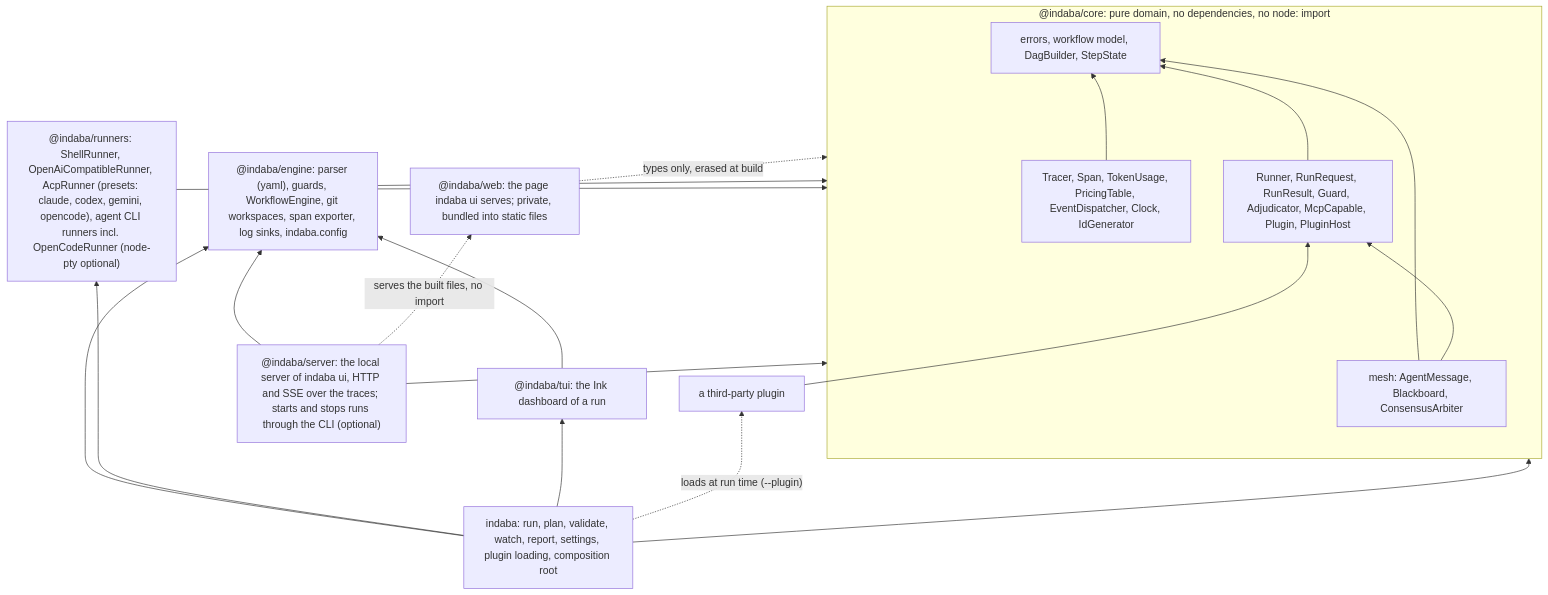
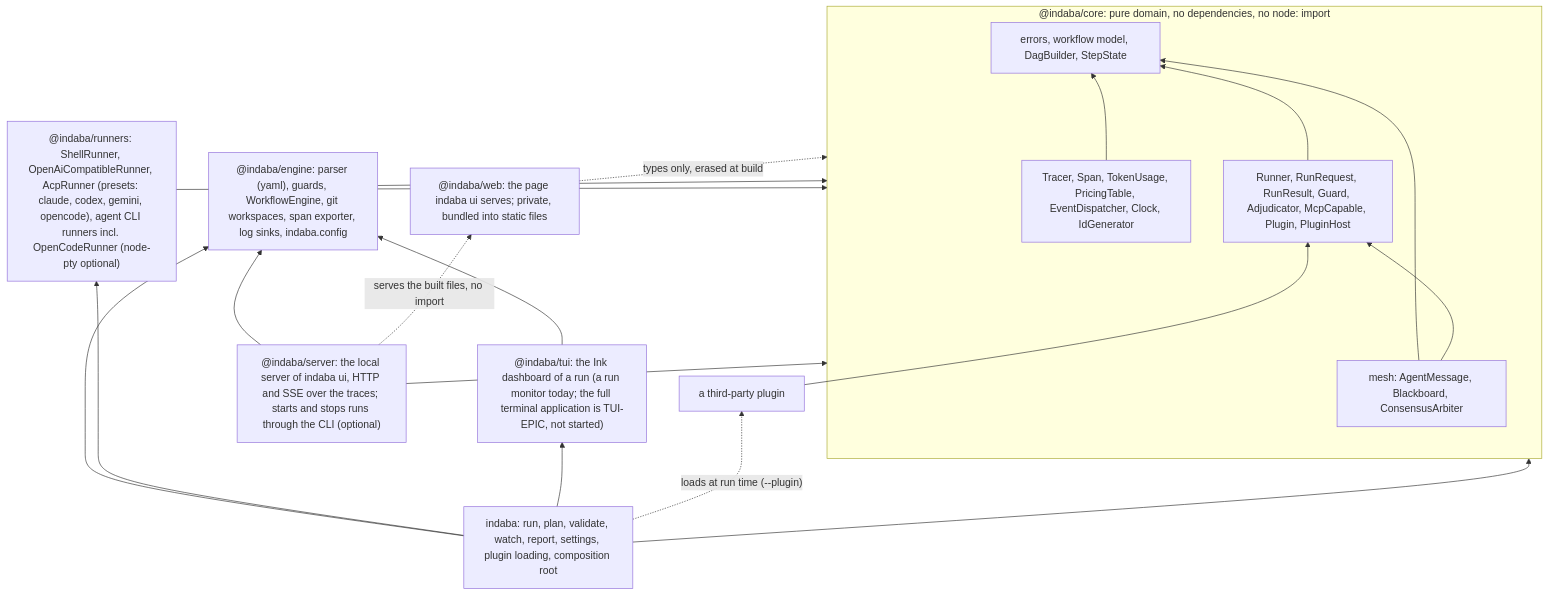
One commit to yaotzin1/indaba changed the first of 3 diagrams in specs/DEPENDENCY_MAP.md. Above: the diagram before and after it, drawn with Mermaid. The commit also changed other lines of this file and 21 other files, not shown here.

First line of the commit message:
docs(specs): add the TUI epic with six feature specs (#124)

````diff
--- a/specs/DEPENDENCY_MAP.md
+++ b/specs/DEPENDENCY_MAP.md
@@ -7,35 +7,35 @@
 ```mermaid
 graph BT
     subgraph Domain["@indaba/core: pure domain, no dependencies, no node: import"]
         Core["errors, workflow model, DagBuilder, StepState"]
         Mesh["mesh: AgentMessage, Blackboard, ConsensusArbiter"]
         Contracts["Runner, RunRequest, RunResult, Guard, Adjudicator, McpCapable, Plugin, PluginHost"]
         Obs["Tracer, Span, TokenUsage, PricingTable, EventDispatcher, Clock, IdGenerator"]
     end
 
     Engine["@indaba/engine: parser (yaml), guards, WorkflowEngine, git workspaces, span exporter, log sinks, indaba.config"]
     Runners["@indaba/runners: ShellRunner, OpenAiCompatibleRunner, AcpRunner (presets: claude, codex, gemini, opencode), agent CLI runners incl. OpenCodeRunner (node-pty optional)"]
     Cli["indaba: run, plan, validate, watch, report, settings, plugin loading, composition root"]
-    Tui["@indaba/tui: the Ink dashboard of a run"]
+    Tui["@indaba/tui: the Ink dashboard of a run (a run monitor today; the full terminal application is TUI-EPIC, not started)"]
     Server["@indaba/server: the local server of indaba ui, HTTP and SSE over the traces; starts and stops runs through the CLI (optional)"]
     Web["@indaba/web: the page indaba ui serves; private, bundled into static files"]
     Plugin["a third-party plugin"]
 
     Mesh --> Core
     Mesh --> Contracts
     Contracts --> Core
     Obs --> Core
     Engine --> Domain
     Runners --> Domain
     Cli --> Engine
     Cli --> Runners
     Cli --> Domain
     Cli --> Tui
     Tui --> Engine
     Server --> Engine
     Server --> Domain
     Web -. "types only, erased at build" .-> Domain
     Server -. "serves the built files, no import" .-> Web
     Plugin --> Contracts
     Cli -. "loads at run time (--plugin)" .-> Plugin
 ```
````
